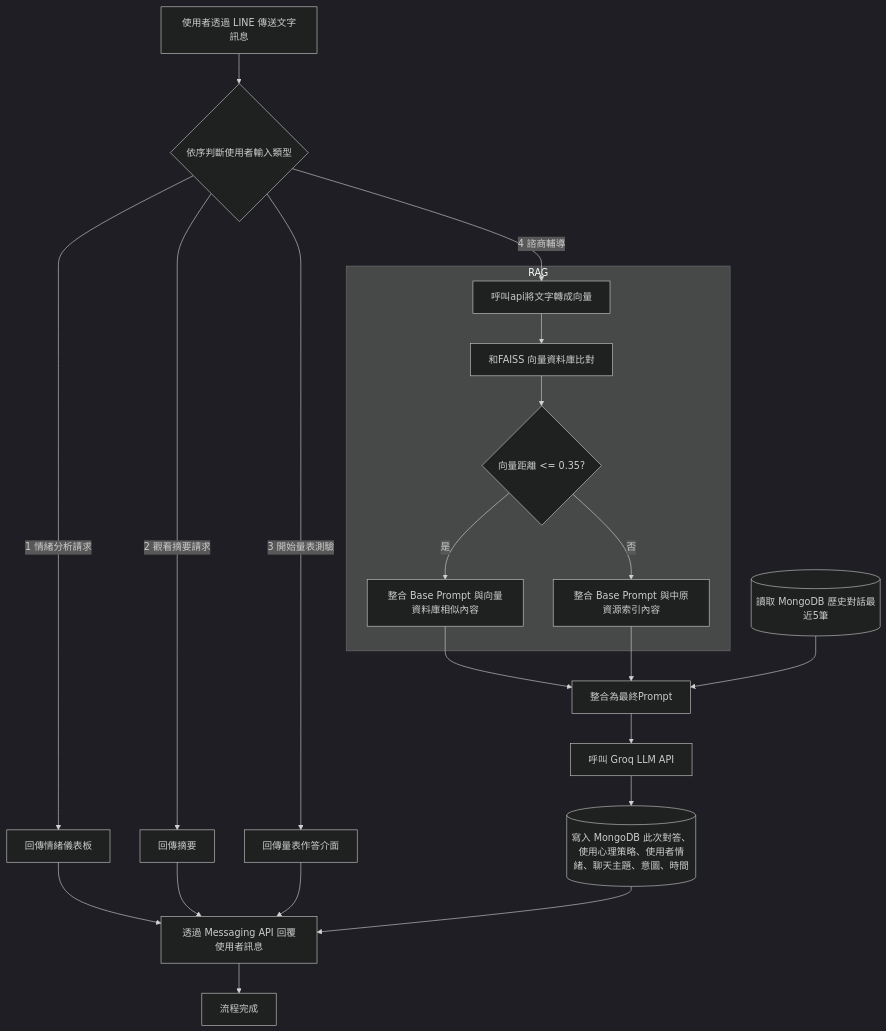
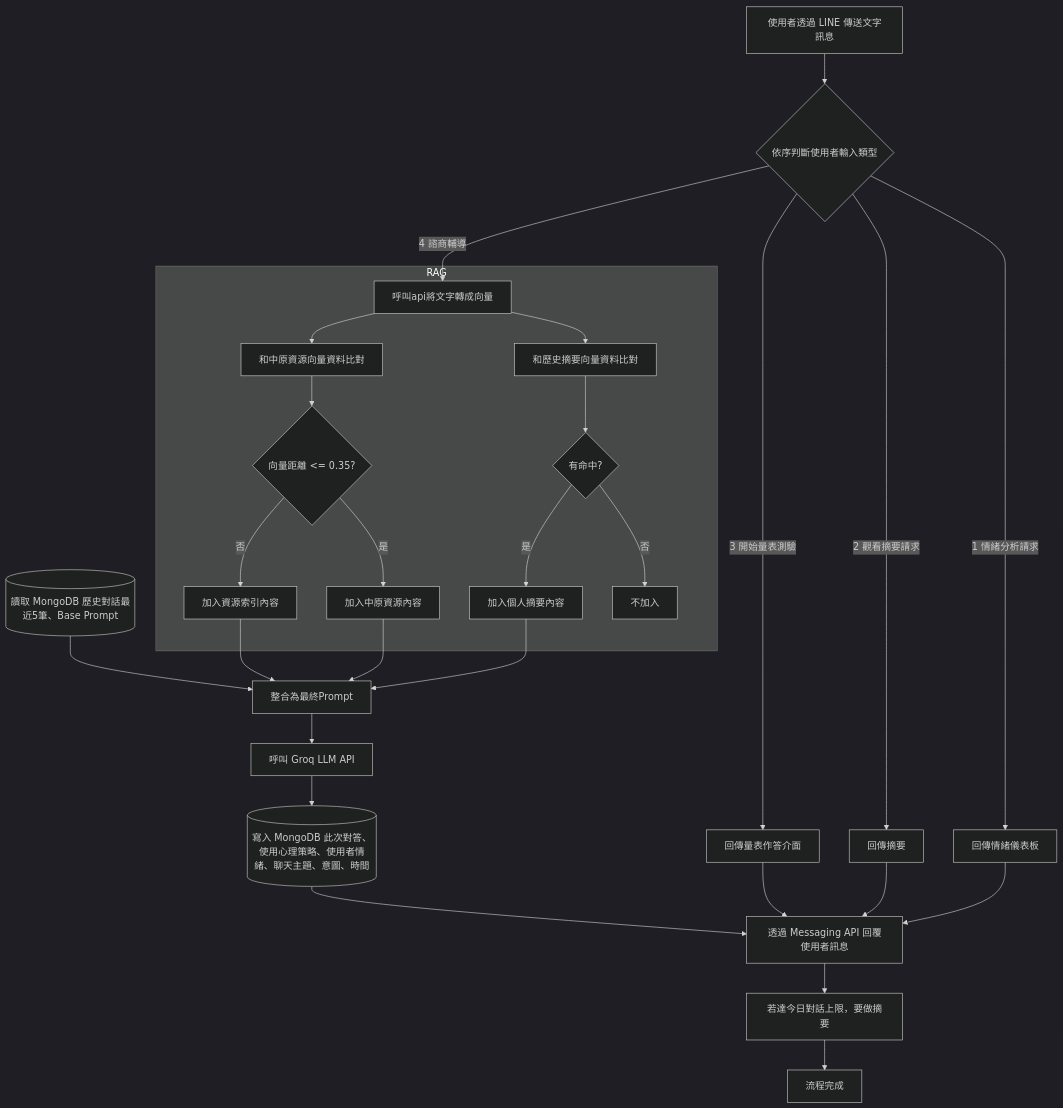
Before and after one commit to aurorajojo/line_app: the diagram in README.md, drawn with Mermaid (dark theme).

````diff
--- a/README.md
+++ b/README.md
@@ -12,40 +12,46 @@
 ```mermaid
 flowchart TD
     A[使用者透過 LINE 傳送文字訊息] --> D{依序判斷使用者輸入類型}
 
 
     D -->|1 情緒分析請求| E[回傳情緒儀表板]
     E --> O1
 
     D -->|2 觀看摘要請求| F[回傳摘要]
     F --> O1
 
     D -->|3 開始量表測驗| G[回傳量表作答介面]
     G --> O1
 
     D -->|4 諮商輔導| I[呼叫api將文字轉成向量]
 
     subgraph RAG
-        I --> V1[和FAISS 向量資料庫比對]
+        I --> V1[和中原資源向量資料比對]
+        I --> V2[和歷史摘要向量資料比對]
         V1 --> Q{向量距離 <= 0.35?}
-        Q -->|是| J[整合 Base Prompt 與向量資料庫相似內容]
-        Q -->|否| R[整合 Base Prompt 與中原資源索引內容]
+        V2 --> Q2{有命中?}
+        Q -->|是| J[加入中原資源內容]
+        Q -->|否| R[加入資源索引內容]
+        Q2 -->|是| S[加入個人摘要內容]
+        Q2 -->|否| T[不加入]
+        
     end
 
-    
+    S --> X
     J --> X[整合為最終Prompt]
     R --> X
     MDB_Read --> X
 
     X --> L[呼叫 Groq LLM API]
-    MDB_Read[( 讀取 MongoDB 歷史對話最近5筆)]
+    MDB_Read[( 讀取 MongoDB 歷史對話最近5筆、Base Prompt)]
     MDB_Write[( 寫入 MongoDB 此次對答、使用心理策略、使用者情緒、聊天主題、意圖、時間)]
 
 
     L --> MDB_Write
         
     
     MDB_Write --> O1
-    O1[透過 Messaging API 回覆使用者訊息] --> Z[流程完成]
+    O1[透過 Messaging API 回覆使用者訊息] --> M[若達今日對話上限，要做摘要]
+    M --> Z[流程完成]
 
 ```
````
